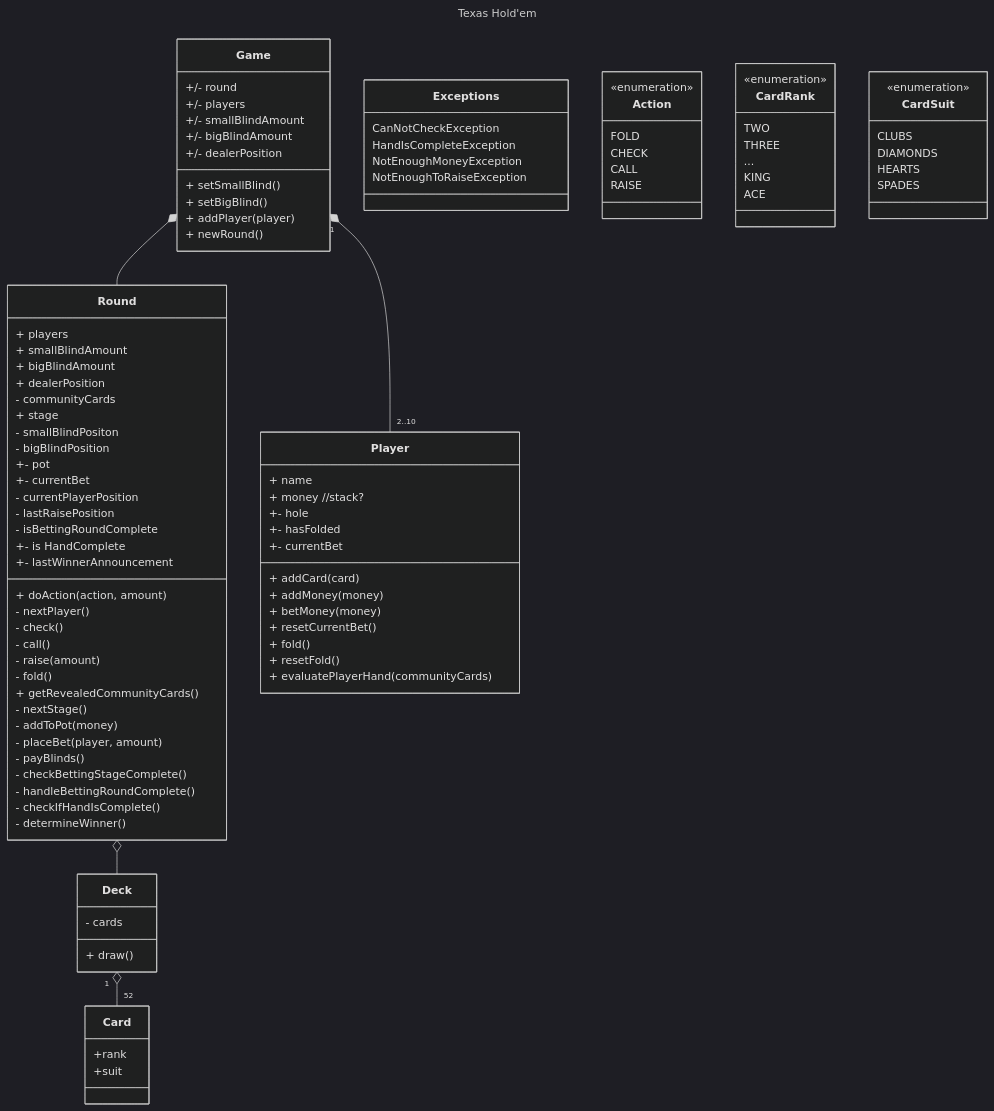
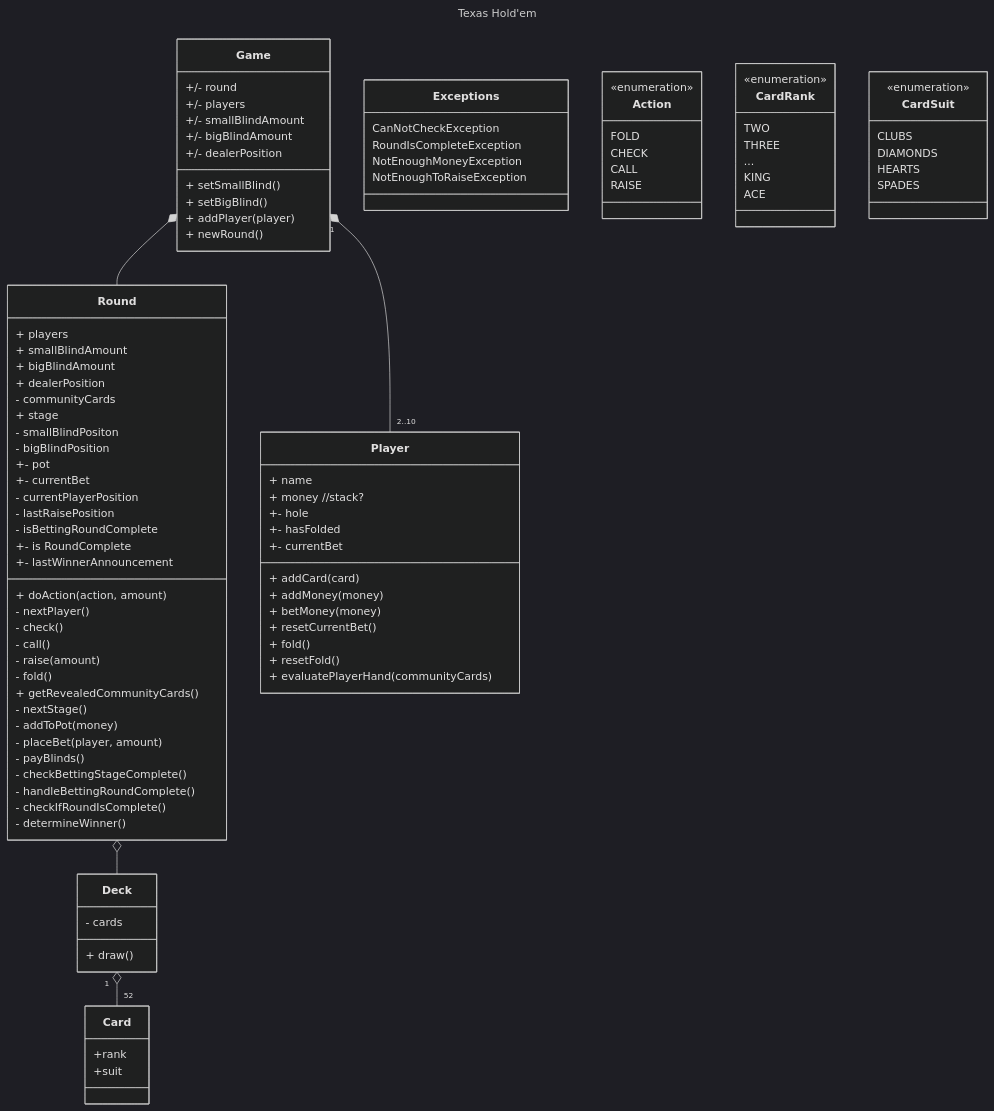
One commit to tom-ludwig/AllInOrFold changed the diagram in README.md. Above: the diagram before and after it, drawn with Mermaid (dark theme). The commit also changed other lines of this file and 7 other files, not shown here.

Commit message:
fix round named hand

```diff
--- a/README.md
+++ b/README.md
@@ -32,7 +32,7 @@
     }
 	class Exceptions{
 		CanNotCheckException
-		HandIsCompleteException
+		RoundIsCompleteException
 		NotEnoughMoneyException
 		NotEnoughToRaiseException
 	}
@@ -50,7 +50,7 @@
 		- currentPlayerPosition
 		- lastRaisePosition
 		- isBettingRoundComplete
-		+- is HandComplete
+		+- is RoundComplete
 		+- lastWinnerAnnouncement
 		+ doAction(action, amount)
 		- nextPlayer()
@@ -65,7 +65,7 @@
 		- payBlinds()
 		- checkBettingStageComplete()
 		- handleBettingRoundComplete()
-		- checkIfHandIsComplete()
+		- checkIfRoundIsComplete()
 		- determineWinner()
     }
     class Player {
```
